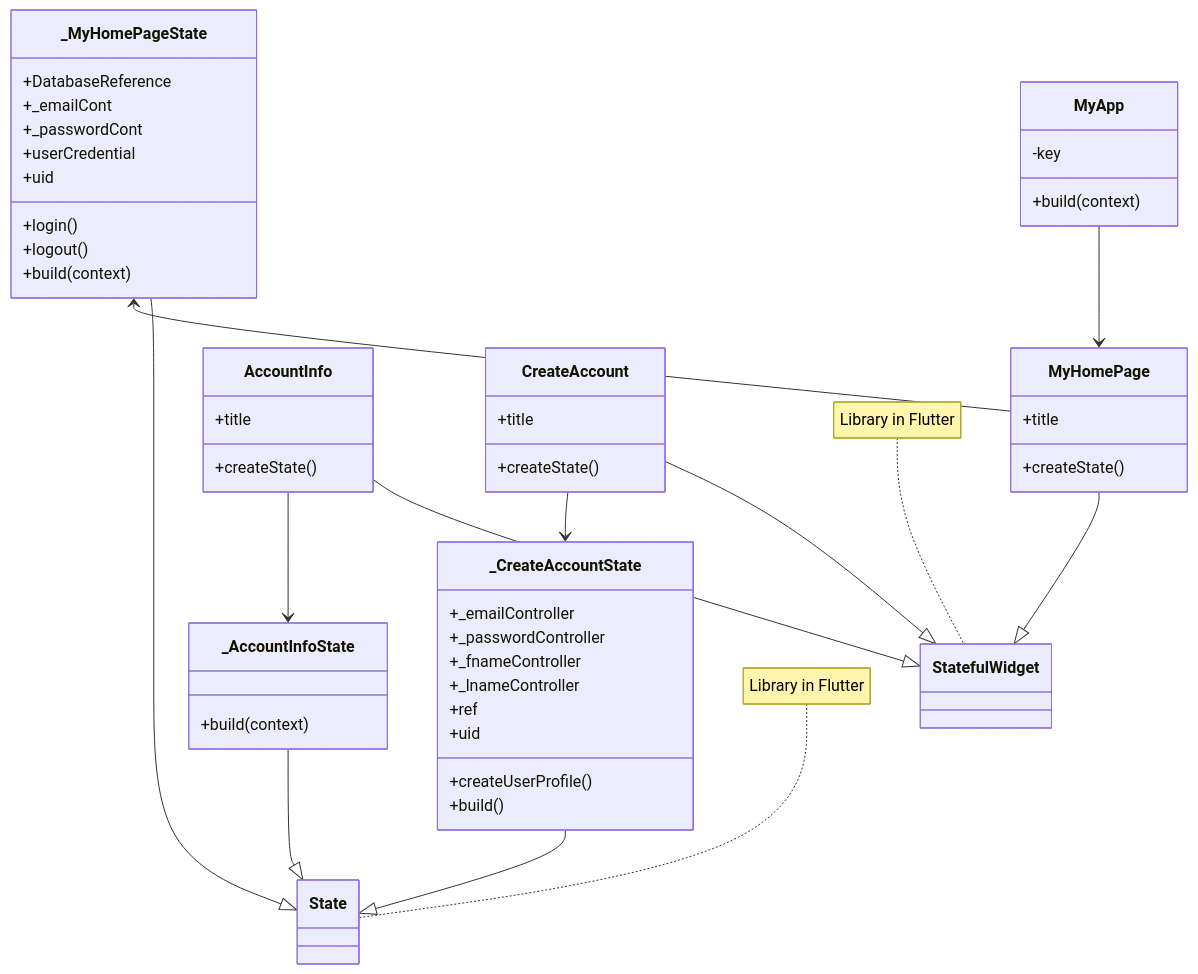
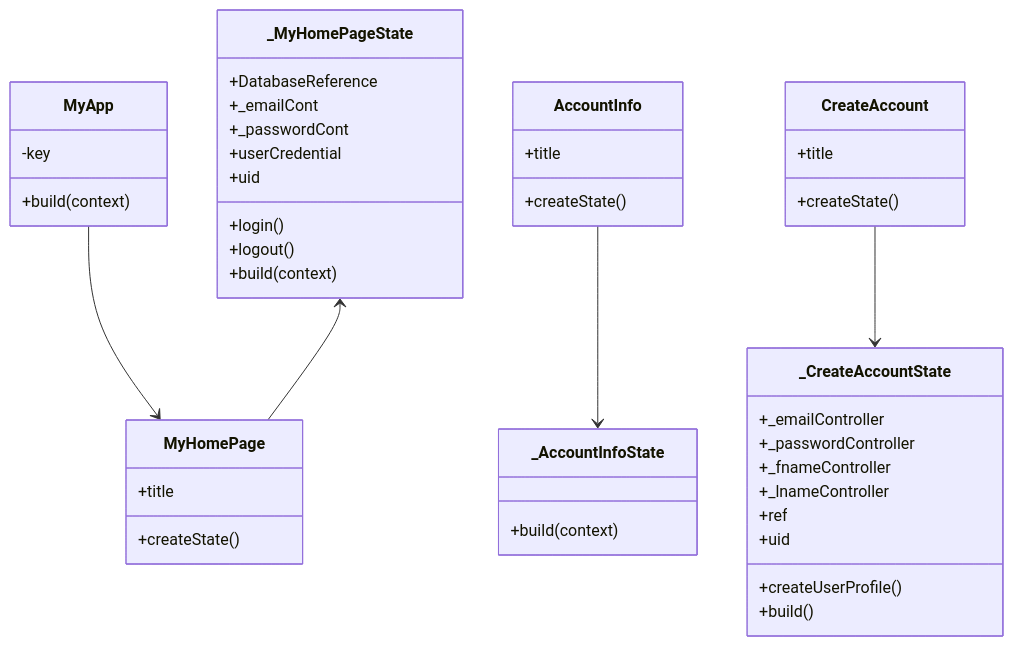
One commit to Capstone-Projects-2023-Spring/project-groupmeet changed the first of 11 diagrams in documentation/docs/system-architecture/design.md. Above: the diagram before and after it, drawn with Mermaid. The commit also changed other lines of this file, not shown here.

````diff
--- a/documentation/docs/system-architecture/design.md
+++ b/documentation/docs/system-architecture/design.md
@@ -15,63 +15,55 @@
 ```mermaid
 classDiagram
-    MyApp-->MyHomePage
-    MyHomePage --|> StatefulWidget
-    note for StatefulWidget "Library in Flutter"
-    _MyHomePageState --|> State
-    note for State "Library in Flutter"
-    _MyHomePageState<--MyHomePage
-
     class MyApp{
       -key
       +build(context)
     }
 
     class MyHomePage{
       +title
       +createState()
     }
 
     class _MyHomePageState{
         +DatabaseReference
         +_emailCont
         +_passwordCont
         +userCredential
         +uid
         +login()
         +logout()
         +build(context)
     }
-
-    AccountInfo --|> StatefulWidget
-    _AccountInfoState --|> State
-    AccountInfo-->_AccountInfoState
     
     class AccountInfo{
         +title
         +createState()
     }
 
     class _AccountInfoState{
         +build(context)
     }
 
-    CreateAccount --|> StatefulWidget
-    _CreateAccountState --|> State
     CreateAccount-->_CreateAccountState
 
     class CreateAccount{
         +title
         +createState()
     }
 
     class _CreateAccountState{
         +_emailController
         +_passwordController
         +_fnameController
         +_lnameController
         +ref
         +uid
         +createUserProfile()
         +build()
     }
+
+    MyApp-->MyHomePage
+    _MyHomePageState<--MyHomePage
+
+    AccountInfo-->_AccountInfoState
 ```
````
